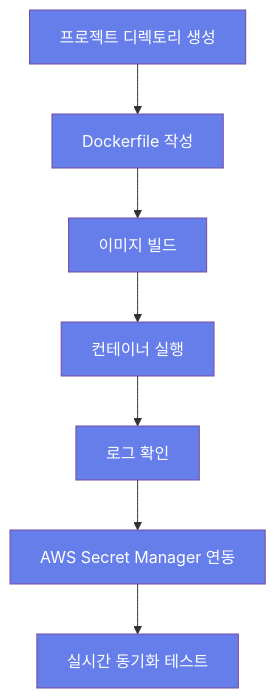
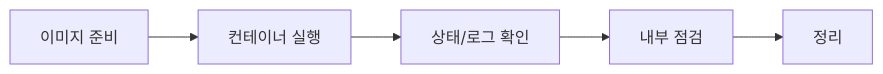
The diagram in lectures/week1/day2/handson_step1.md (niceguy61/aws-saa-lecture-2026), drawn with Mermaid before and after one commit. The commit also changed other lines of this file and 101 other files, not shown here.

````diff
--- a/lectures/week1/day2/handson_step1.md
+++ b/lectures/week1/day2/handson_step1.md
@@ -22,11 +20,7 @@
 ```mermaid
-flowchart TD
-  Step1[프로젝트 디렉토리 생성] --> Step2[Dockerfile 작성]
-  Step2 --> Step3[이미지 빌드]
-  Step3 --> Step4[컨테이너 실행]
-  Step4 --> Step5[로그 확인]
-  Step5 --> Step6[AWS Secret Manager 연동]
-  Step6 --> Step7[실시간 동기화 테스트]
-  classDef primary fill:#667eea,color:#fff,stroke:#764ba2
-  class Step1,Step2,Step3,Step4,Step5,Step6,Step7 primary
+flowchart LR
+  Pull[이미지 준비] --> Run[컨테이너 실행]
+  Run --> Observe[상태/로그 확인]
+  Observe --> Exec[내부 점검]
+  Exec --> Cleanup[정리]
 ```
````
